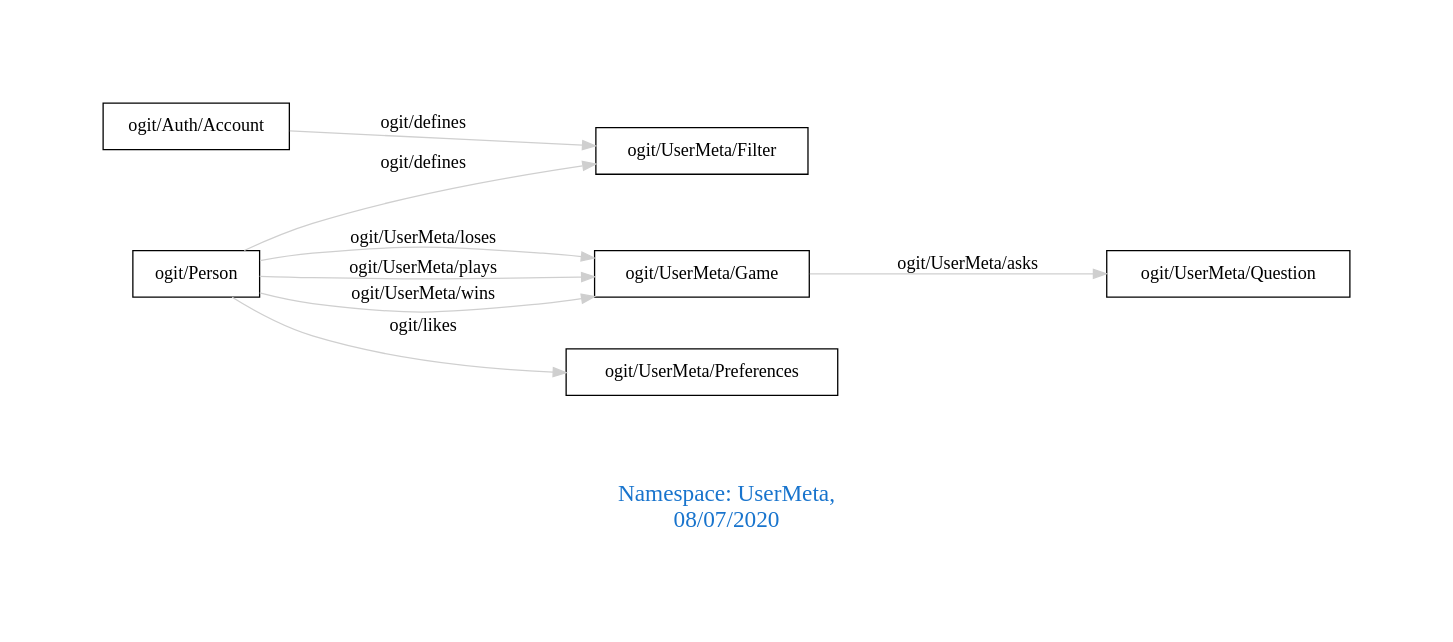
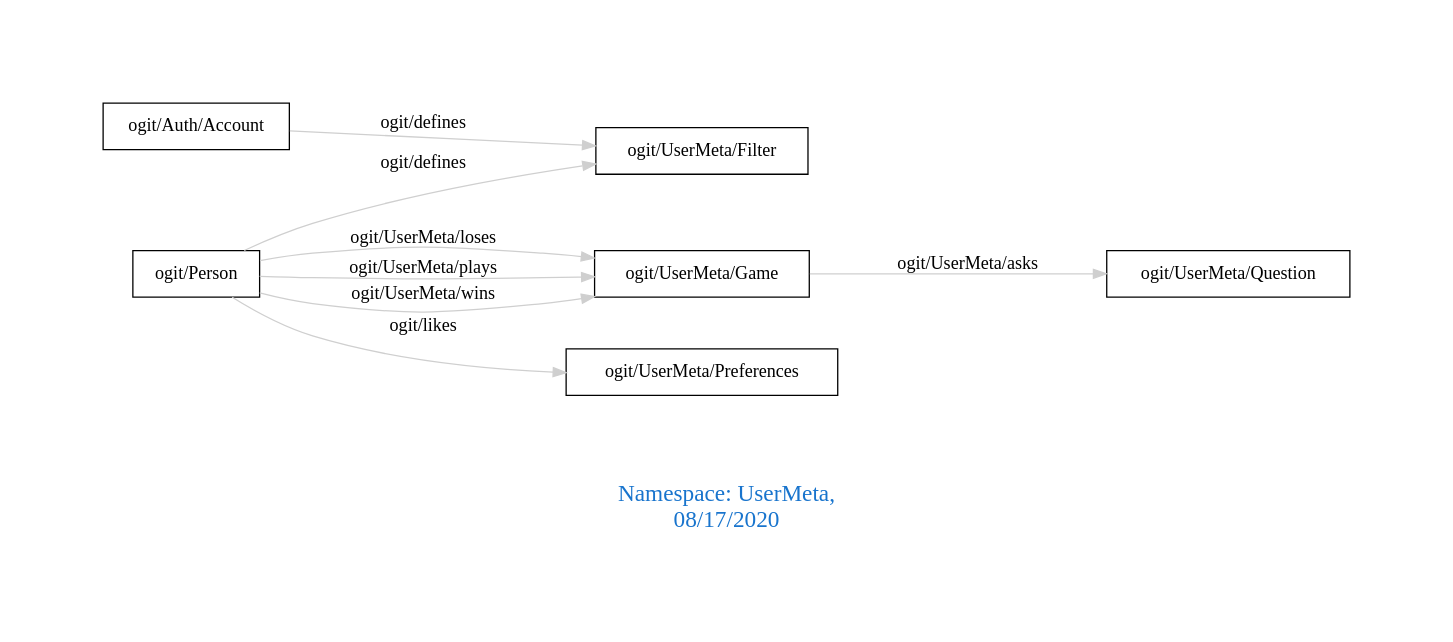
The diagram in downloads/UserMeta.dot (arago/OGIT), drawn with Graphviz before and after one commit. The commit also changed 1822 other files, not shown here.

```diff
--- a/downloads/UserMeta.dot
+++ b/downloads/UserMeta.dot
@@ -1,15 +1,15 @@
 digraph OGIT_ontology {
  graph [ rankdir= LR,pad=1 
 fontsize = 18,
-fontcolor= dodgerblue3,label = "\n\n\nNamespace: UserMeta, \n 08/07/2020"];
+fontcolor= dodgerblue3,label = "\n\n\nNamespace: UserMeta, \n 08/17/2020"];
 node[shape=polygon];
 edge [  color="gray81"];
 
    "ogit/Auth/Account" -> "ogit/UserMeta/Filter" [label="   ogit/defines    "];
    "ogit/Person" -> "ogit/UserMeta/Filter" [label="   ogit/defines    "];
    "ogit/UserMeta/Game" -> "ogit/UserMeta/Question" [label="   ogit/UserMeta/asks    "];
    "ogit/Person" -> "ogit/UserMeta/Preferences" [label="   ogit/likes    "];
    "ogit/Person" -> "ogit/UserMeta/Game" [label="   ogit/UserMeta/loses    "];
    "ogit/Person" -> "ogit/UserMeta/Game" [label="   ogit/UserMeta/plays    "];
    "ogit/Person" -> "ogit/UserMeta/Game" [label="   ogit/UserMeta/wins    "];
 }
```
